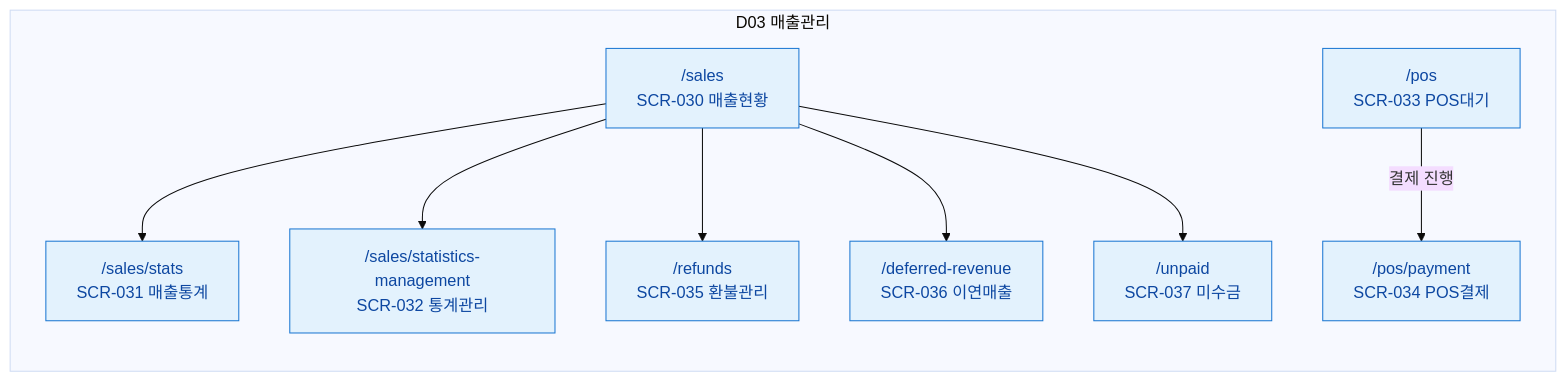
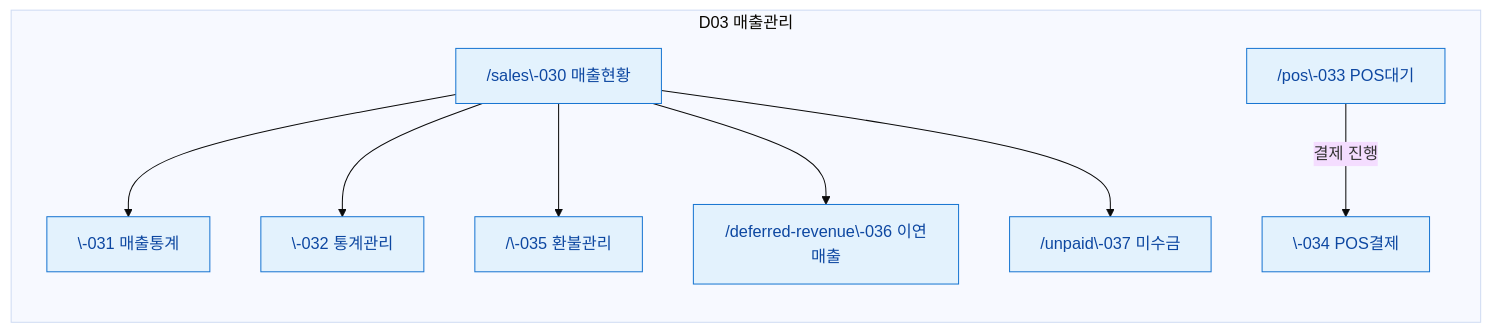
Before and after one commit to dev-spogym/admin-pando: the fifth of 11 diagrams in docs/다이어그램/00_사이트맵/N2_도메인별_사이트맵.md, drawn with Mermaid (base theme). The commit also changed other lines of this file and 1660 other files, not shown here.

First line of the commit message:
다이어그램: 기획자/클라이언트 납품본으로 정리

````diff
--- a/docs/다이어그램/00_사이트맵/N2_도메인별_사이트맵.md
+++ b/docs/다이어그램/00_사이트맵/N2_도메인별_사이트맵.md
@@ -123,23 +120,23 @@
 ```mermaid
 flowchart LR
     subgraph D03["D03 매출관리"]
-        SCR030["/sales\nSCR-030 매출현황"]
-        SCR031["/sales/stats\nSCR-031 매출통계"]
-        SCR032["/sales/statistics-management\nSCR-032 통계관리"]
-        SCR033["/pos\nSCR-033 POS대기"]
-        SCR034["/pos/payment\nSCR-034 POS결제"]
-        SCR035["/refunds\nSCR-035 환불관리"]
-        SCR036["/deferred-revenue\nSCR-036 이연매출"]
-        SCR037["/unpaid\nSCR-037 미수금"]
+        SCR030["/sales\-030 매출현황"]
+        SCR031["\-031 매출통계"]
+        SCR032["\-032 통계관리"]
+        SCR033["/pos\-033 POS대기"]
+        SCR034["\-034 POS결제"]
+        SCR035["/\-035 환불관리"]
+        SCR036["/deferred-revenue\-036 이연매출"]
+        SCR037["/unpaid\-037 미수금"]
     end
 
     SCR030 --> SCR031
     SCR030 --> SCR032
-    SCR033 -->|"결제 진행"| SCR034
+    SCR033 -->|"결제 진행"|SCR034
     SCR030 --> SCR035
     SCR030 --> SCR036
     SCR030 --> SCR037
 
     classDef screen fill:#E3F2FD,stroke:#1976D2,color:#0D47A1
     class SCR030,SCR031,SCR032,SCR033,SCR034,SCR035,SCR036,SCR037 screen
 ```
````
